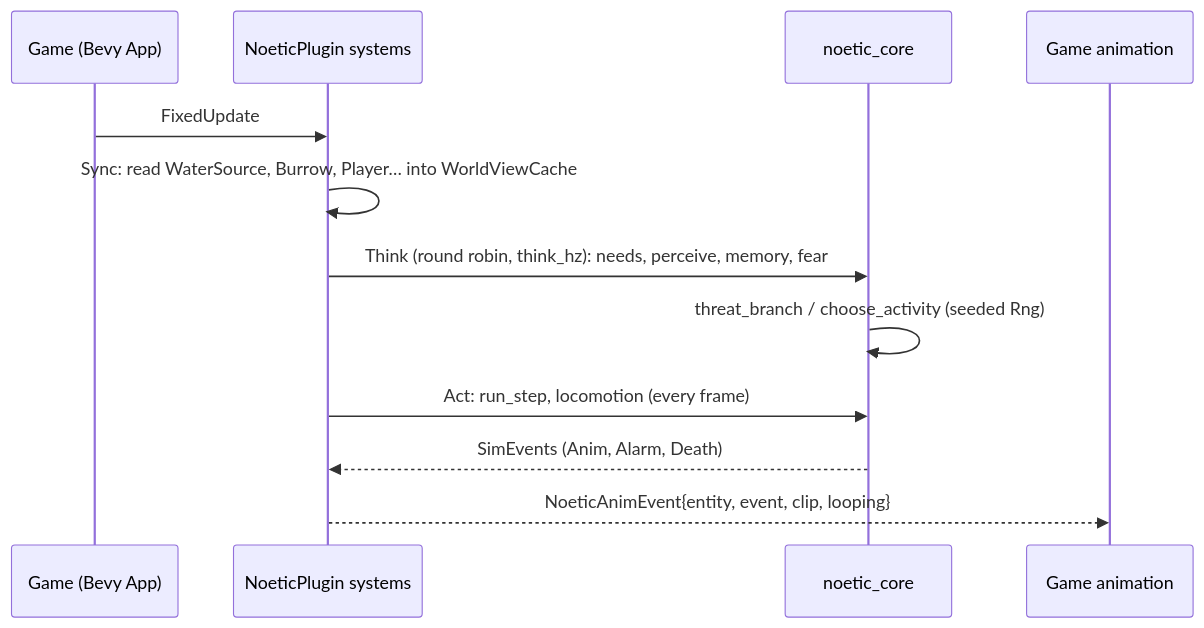
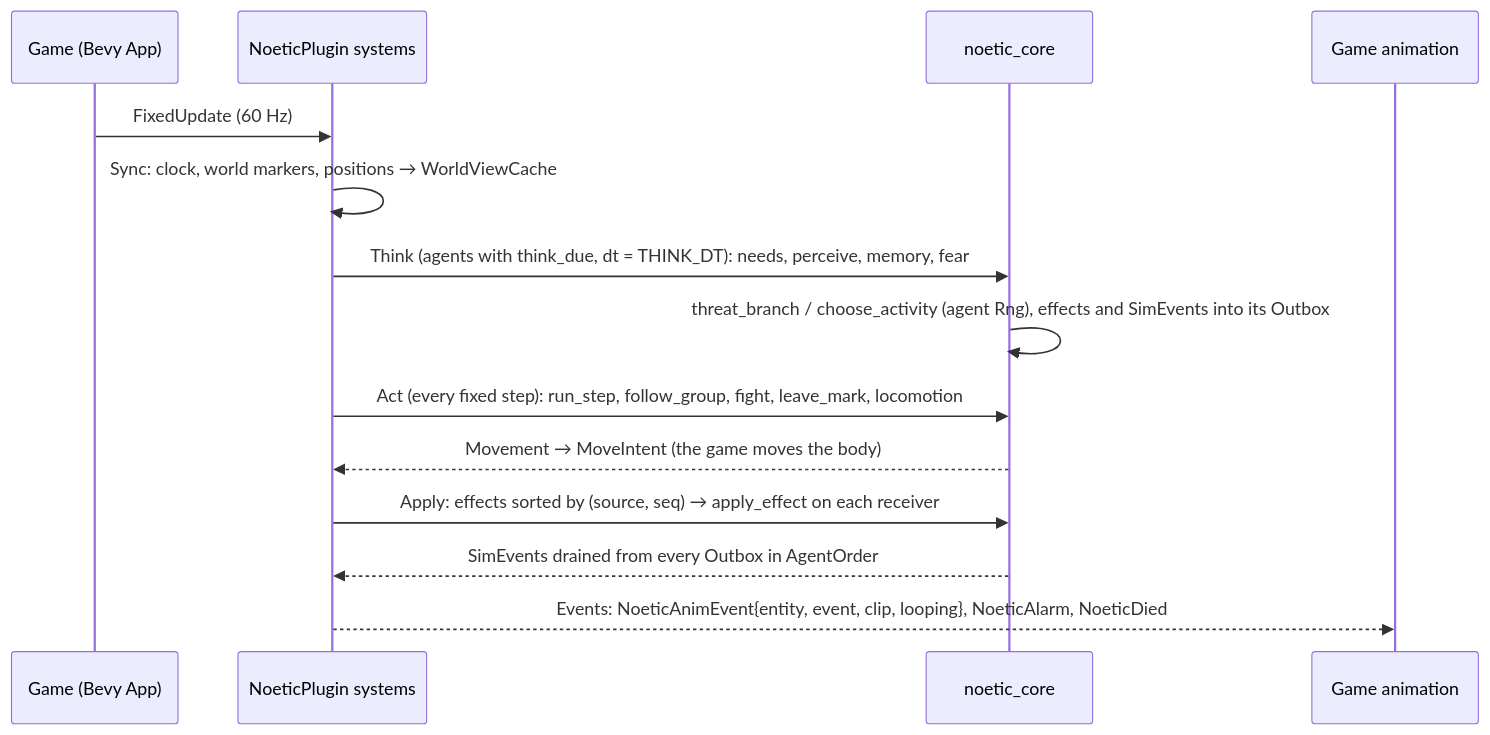
The diagram in docs/diagrams/seq_tick.mmd (Heryk13/noetic), drawn with Mermaid before and after one commit. The commit also changed 10 other files, not shown here.

```diff
--- a/docs/diagrams/seq_tick.mmd
+++ b/docs/diagrams/seq_tick.mmd
@@ -1,12 +1,14 @@
 sequenceDiagram
   participant G as Game (Bevy App)
   participant P as NoeticPlugin systems
   participant C as noetic_core
   participant A as Game animation
-  G->>P: FixedUpdate
-  P->>P: Sync: read WaterSource, Burrow, Player… into WorldViewCache
-  P->>C: Think (round robin, think_hz): needs, perceive, memory, fear
-  C->>C: threat_branch / choose_activity (seeded Rng)
-  P->>C: Act: run_step, locomotion (every frame)
-  C-->>P: SimEvents (Anim, Alarm, Death)
-  P-->>A: NoeticAnimEvent{entity, event, clip, looping}
+  G->>P: FixedUpdate (60 Hz)
+  P->>P: Sync: clock, world markers, positions → WorldViewCache
+  P->>C: Think (agents with think_due, dt = THINK_DT): needs, perceive, memory, fear
+  C->>C: threat_branch / choose_activity (agent Rng), effects and SimEvents into its Outbox
+  P->>C: Act (every fixed step): run_step, follow_group, fight, leave_mark, locomotion
+  C-->>P: Movement → MoveIntent (the game moves the body)
+  P->>C: Apply: effects sorted by (source, seq) → apply_effect on each receiver
+  C-->>P: SimEvents drained from every Outbox in AgentOrder
+  P-->>A: Events: NoeticAnimEvent{entity, event, clip, looping}, NoeticAlarm, NoeticDied
```
